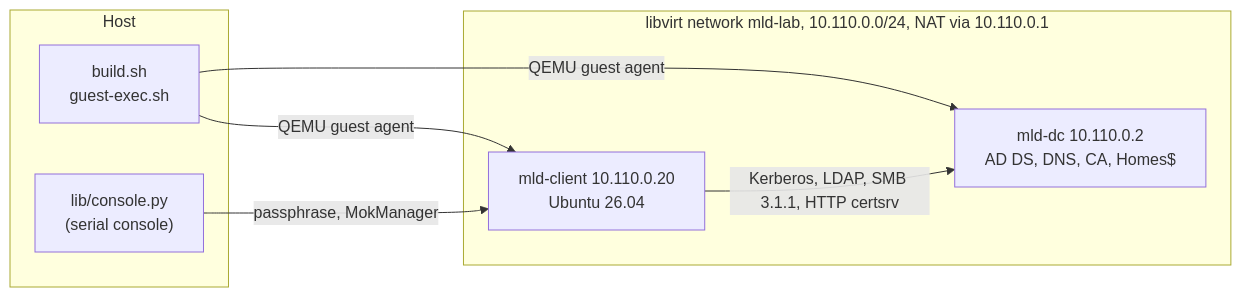
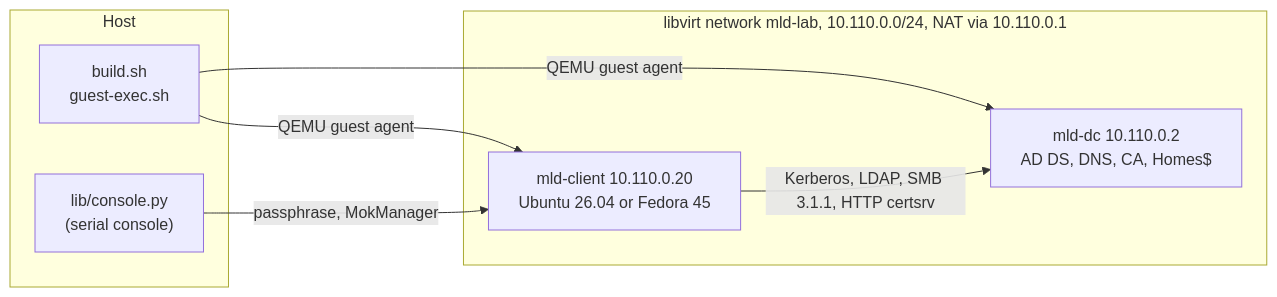
The first of 2 diagrams in README.md (arminfelder/managed-linux-desktop), drawn with Mermaid before and after one commit. The commit also changed other lines of this file and 100 other files, not shown here.

````diff
--- a/README.md
+++ b/README.md
@@ -35,15 +36,15 @@
 ```mermaid
 flowchart LR
     subgraph host["Host"]
         build["build.sh<br/>guest-exec.sh"]
         console["lib/console.py<br/>(serial console)"]
     end
     subgraph net["libvirt network mld-lab, 10.110.0.0/24, NAT via 10.110.0.1"]
         dc["mld-dc 10.110.0.2<br/>AD DS, DNS, CA, Homes$"]
-        client["mld-client 10.110.0.20<br/>Ubuntu 26.04"]
+        client["mld-client 10.110.0.20<br/>Ubuntu 26.04 or Fedora 45"]
     end
     build -- "QEMU guest agent" --> dc
     build -- "QEMU guest agent" --> client
     console -- "passphrase, MokManager" --> client
     client -- "Kerberos, LDAP, SMB 3.1.1, HTTP certsrv" --> dc
 ```
````
